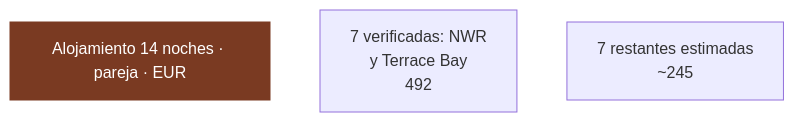
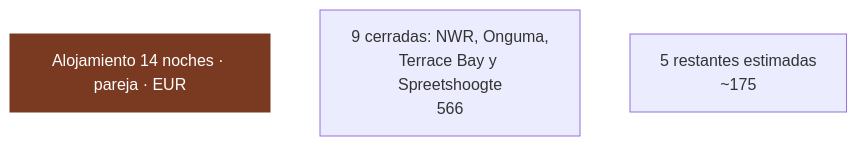
One commit to morandeirachema/namibia changed the third of 8 diagrams in 02-presupuesto.md. Above: the diagram before and after it, drawn with Mermaid. The commit also changed other lines of this file and 7 other files, not shown here.

````diff
--- a/02-presupuesto.md
+++ b/02-presupuesto.md
@@ -167,9 +185,9 @@
 ```mermaid
 flowchart LR
     T["Alojamiento 14 noches · pareja · EUR"]
-    n0["7 verificadas: NWR<br/>y Terrace Bay<br/>492"]
-    n1["7 restantes estimadas<br/>~245"]
+    n0["9 cerradas: NWR, Onguma,<br/>Terrace Bay y Spreetshoogte<br/>566"]
+    n1["5 restantes estimadas<br/>~175"]
     T ~~~ n0
     n0 ~~~ n1
     style T fill:#7a3a22,color:#fff,stroke:#7a3a22
 ```
````
